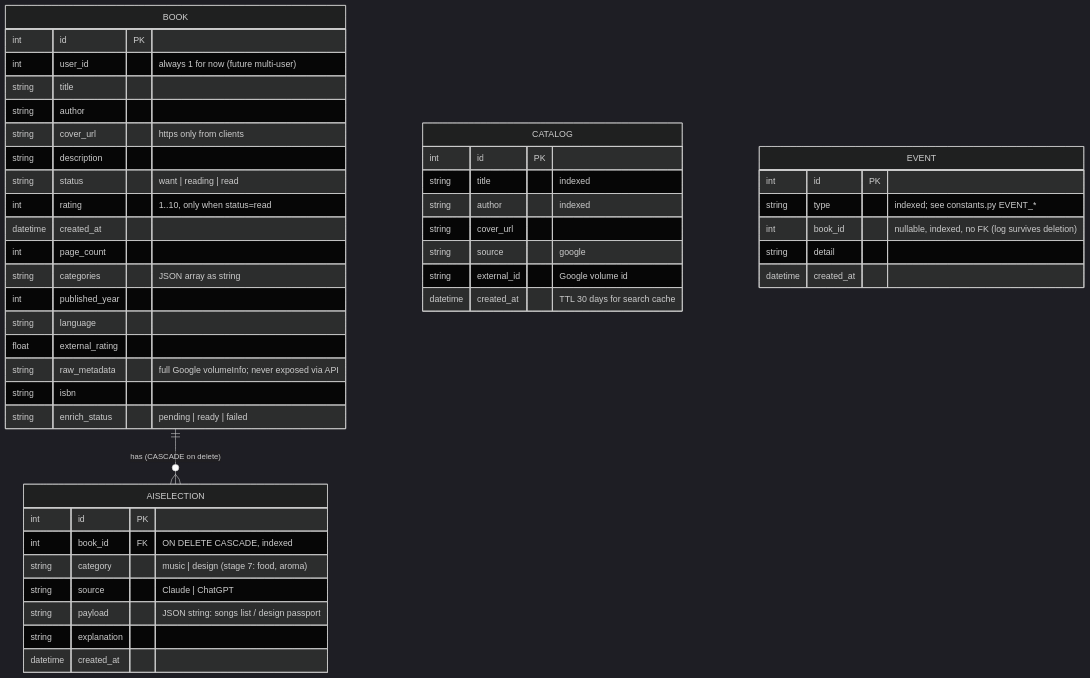
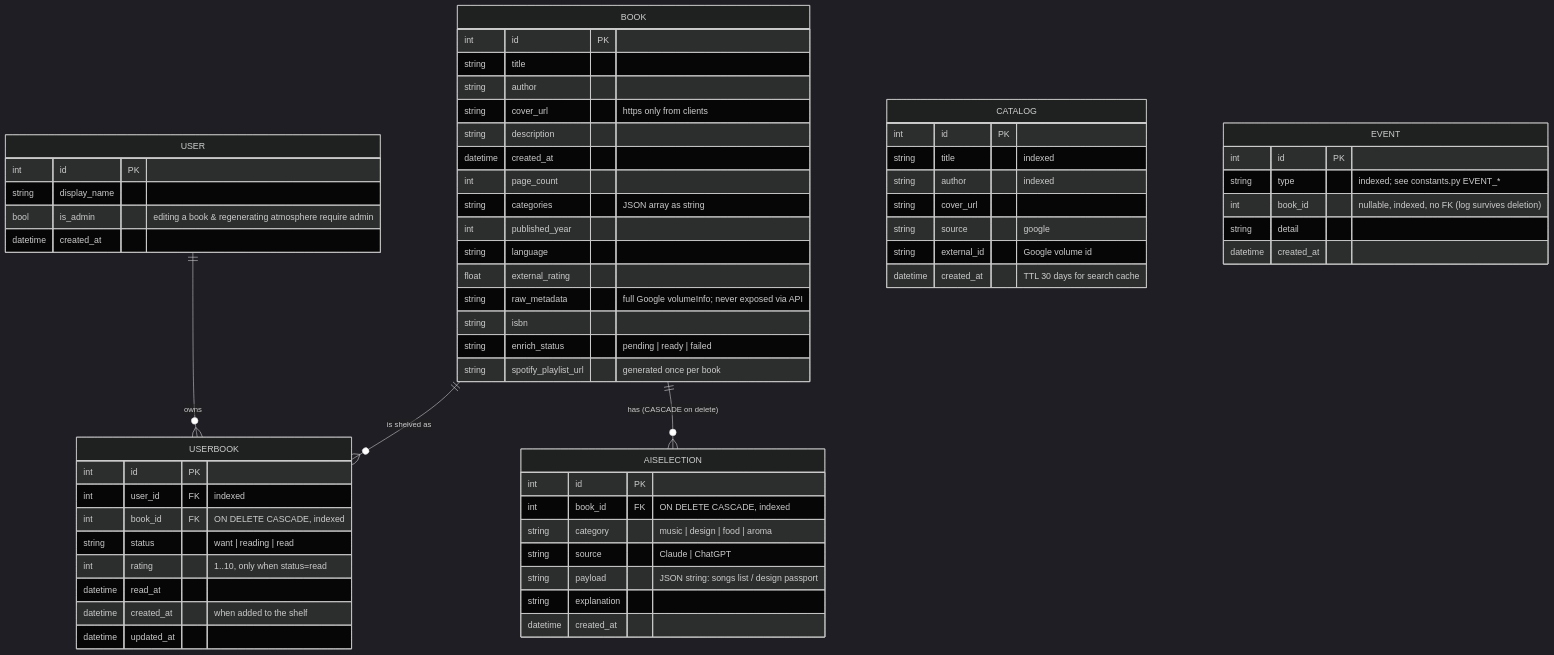
One commit to kseniakopli/book-library changed the diagram in documentation/data-model.md. Above: the diagram before and after it, drawn with Mermaid (dark theme). The commit also changed other lines of this file and 24 other files, not shown here.

Commit message:
Split data model into User/Book/UserBook with shared catalog reuse

````diff
--- a/documentation/data-model.md
+++ b/documentation/data-model.md
@@ -5,48 +14,64 @@
 ```mermaid
 erDiagram
+    USER ||--o{ USERBOOK : "owns"
+    BOOK ||--o{ USERBOOK : "is shelved as"
     BOOK ||--o{ AISELECTION : "has (CASCADE on delete)"
+    USER {
+        int id PK
+        string display_name
+        bool is_admin "editing a book & regenerating atmosphere require admin"
+        datetime created_at
+    }
     BOOK {
         int id PK
-        int user_id "always 1 for now (future multi-user)"
         string title
         string author
         string cover_url "https only from clients"
         string description
-        string status "want | reading | read"
-        int rating "1..10, only when status=read"
         datetime created_at
         int page_count
         string categories "JSON array as string"
         int published_year
         string language
         float external_rating
         string raw_metadata "full Google volumeInfo; never exposed via API"
         string isbn
         string enrich_status "pending | ready | failed"
+        string spotify_playlist_url "generated once per book"
+    }
+    USERBOOK {
+        int id PK
+        int user_id FK "indexed"
+        int book_id FK "ON DELETE CASCADE, indexed"
+        string status "want | reading | read"
+        int rating "1..10, only when status=read"
+        datetime read_at
+        datetime created_at "when added to the shelf"
+        datetime updated_at
     }
     AISELECTION {
         int id PK
         int book_id FK "ON DELETE CASCADE, indexed"
-        string category "music | design (stage 7: food, aroma)"
+        string category "music | design | food | aroma"
         string source "Claude | ChatGPT"
         string payload "JSON string: songs list / design passport"
         string explanation
         datetime created_at
     }
     CATALOG {
         int id PK
         string title "indexed"
         string author "indexed"
         string cover_url
         string source "google"
         string external_id "Google volume id"
         datetime created_at "TTL 30 days for search cache"
     }
     EVENT {
         int id PK
         string type "indexed; see constants.py EVENT_*"
         int book_id "nullable, indexed, no FK (log survives deletion)"
         string detail
         datetime created_at
     }
 ```
````
